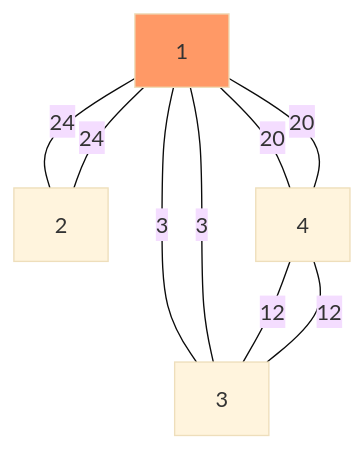
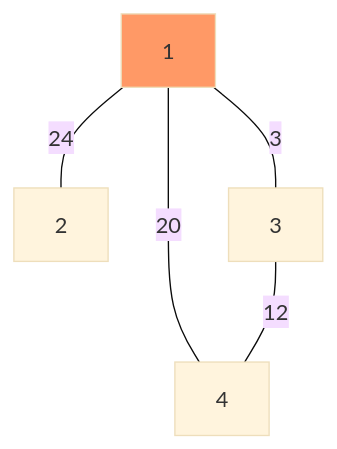
Before and after one commit to SlideeScherz/hacker-rank: the diagram in graph-theory/dijkstra-shortest-reach-2.md, drawn with Mermaid (base theme).

````diff
--- a/graph-theory/dijkstra-shortest-reach-2.md
+++ b/graph-theory/dijkstra-shortest-reach-2.md
@@ -24,15 +24,9 @@
 ```mermaid
 flowchart TB
 
   1:::start---|24|2
   1---|20|4
   1---|3|3
   3---|12|4
   classDef start fill:#f96;
-
-  1:::start---|24|2
-  1---|20|4
-  1---|3|3
-  4---|12|3
-  classDef start fill:#f96;
 ```
````
